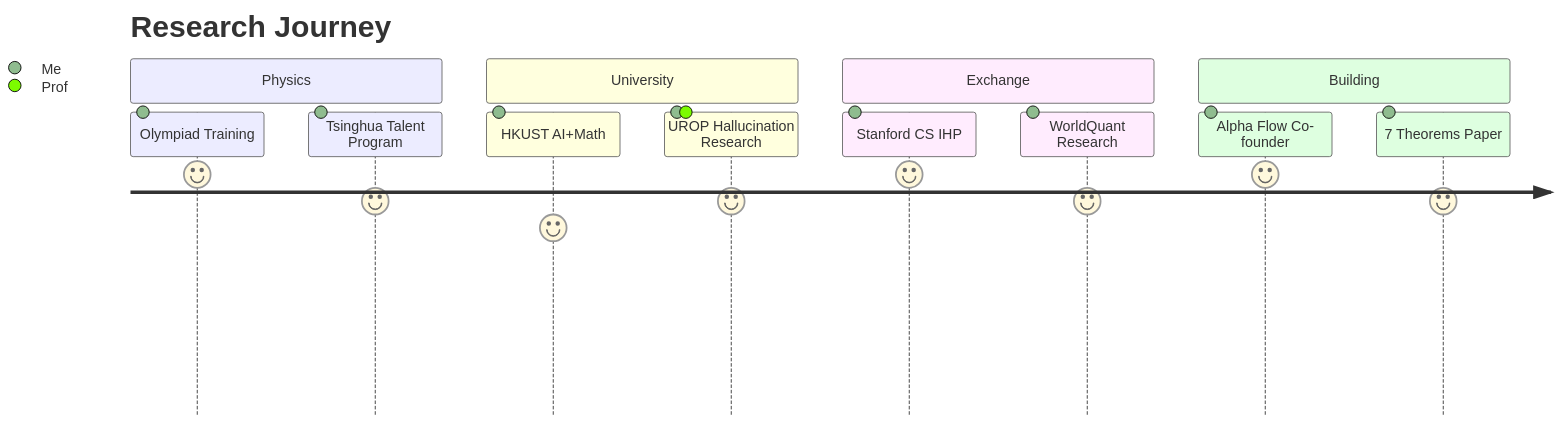
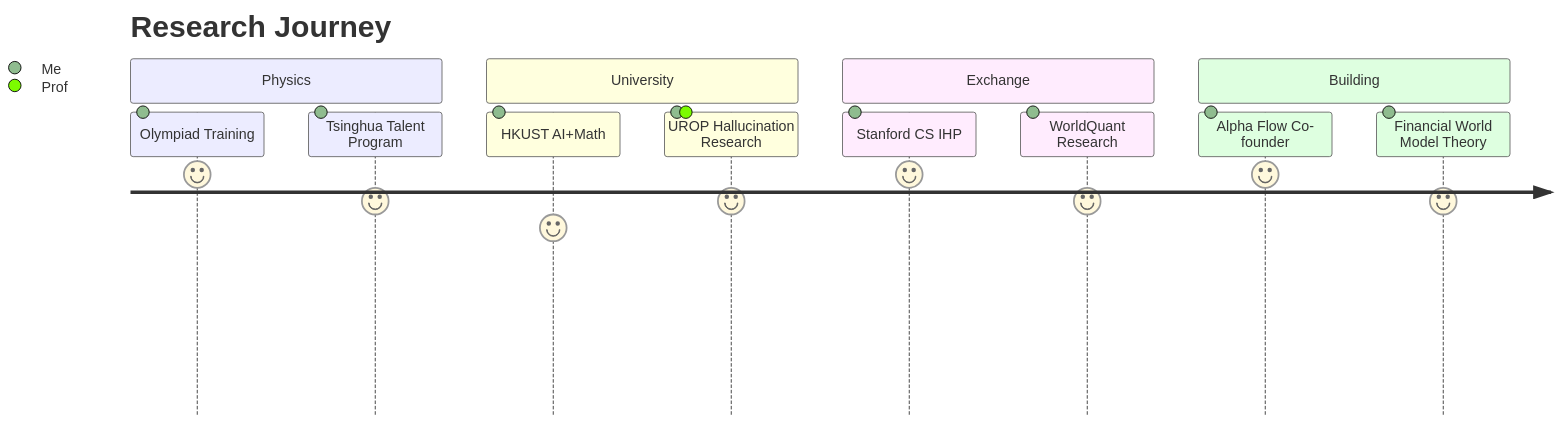
Before and after one commit to hongjin-he/hongjin-he: the diagram in README.md, drawn with Mermaid. The commit also changed other lines of this file, not shown here.

Commit message:
Profile: add MicroWorld

````diff
--- a/README.md
+++ b/README.md
@@ -28,16 +34,16 @@
 ```mermaid
 journey
     title Research Journey
     section Physics
       Olympiad Training: 9: Me
       Tsinghua Talent Program: 8: Me
     section University
       HKUST AI+Math: 7: Me
       UROP Hallucination Research: 8: Me, Prof
     section Exchange
       Stanford CS IHP: 9: Me
       WorldQuant Research: 8: Me
     section Building
       Alpha Flow Co-founder: 9: Me
-      7 Theorems Paper: 8: Me
+      Financial World Model Theory: 8: Me
 ```
````
